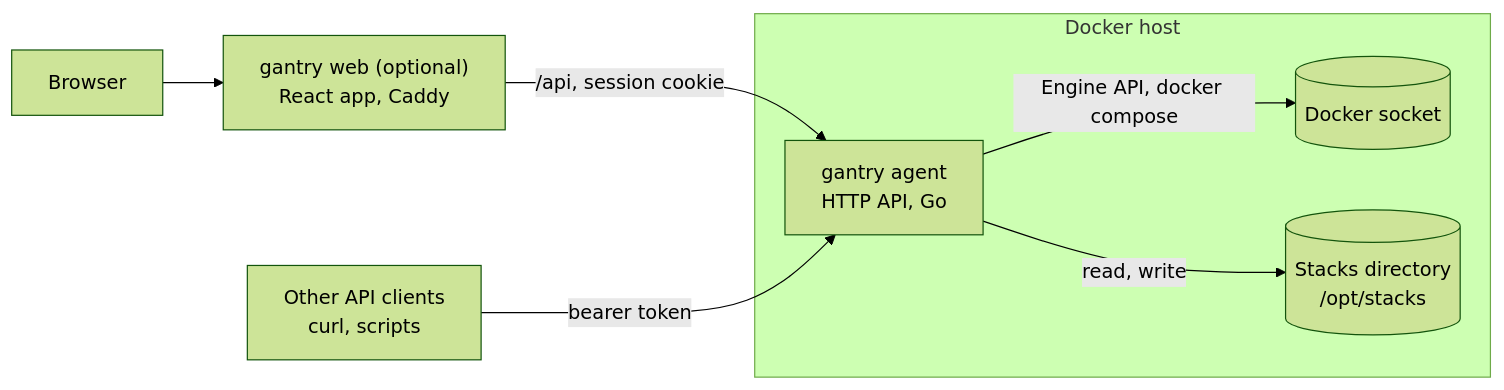
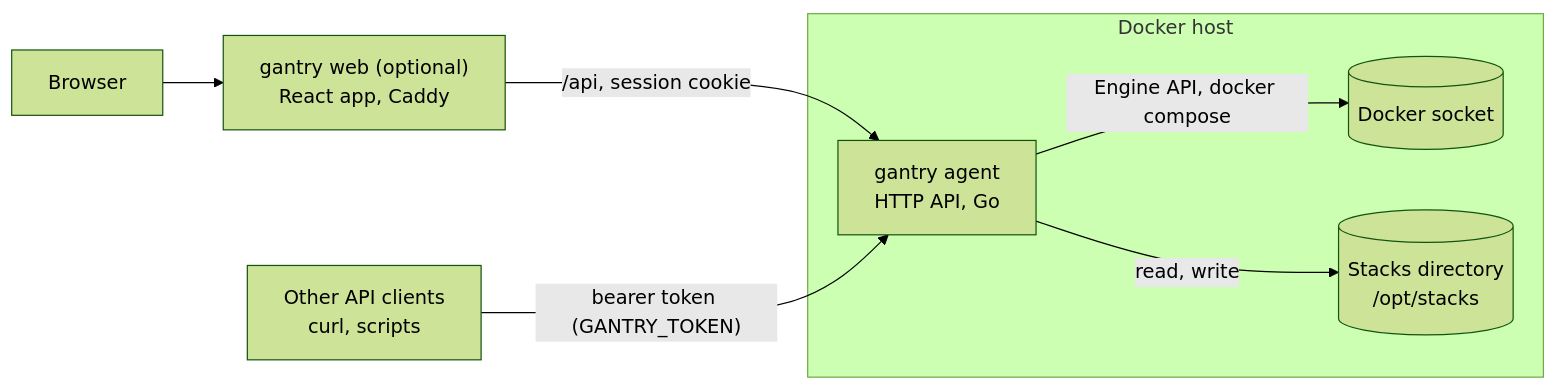
The diagram in README.md (pixl-media/gantry), drawn with Mermaid (forest theme) before and after one commit. The commit also changed other lines of this file and 6 other files, not shown here.

````diff
--- a/README.md
+++ b/README.md
@@ -14,13 +14,13 @@
 ```mermaid
 flowchart LR
   subgraph host["Docker host"]
     agent["gantry agent<br/>HTTP API, Go"]
     docker[("Docker socket")]
     stacks[("Stacks directory<br/>/opt/stacks")]
     agent -- "Engine API, docker compose" --> docker
     agent -- "read, write" --> stacks
   end
   browser["Browser"] --> web["gantry web (optional)<br/>React app, Caddy"]
   web -- "/api, session cookie" --> agent
-  clients["Other API clients<br/>curl, scripts"] -- "bearer token" --> agent
+  clients["Other API clients<br/>curl, scripts"] -- "bearer token (GANTRY_TOKEN)" --> agent
 ```
````
